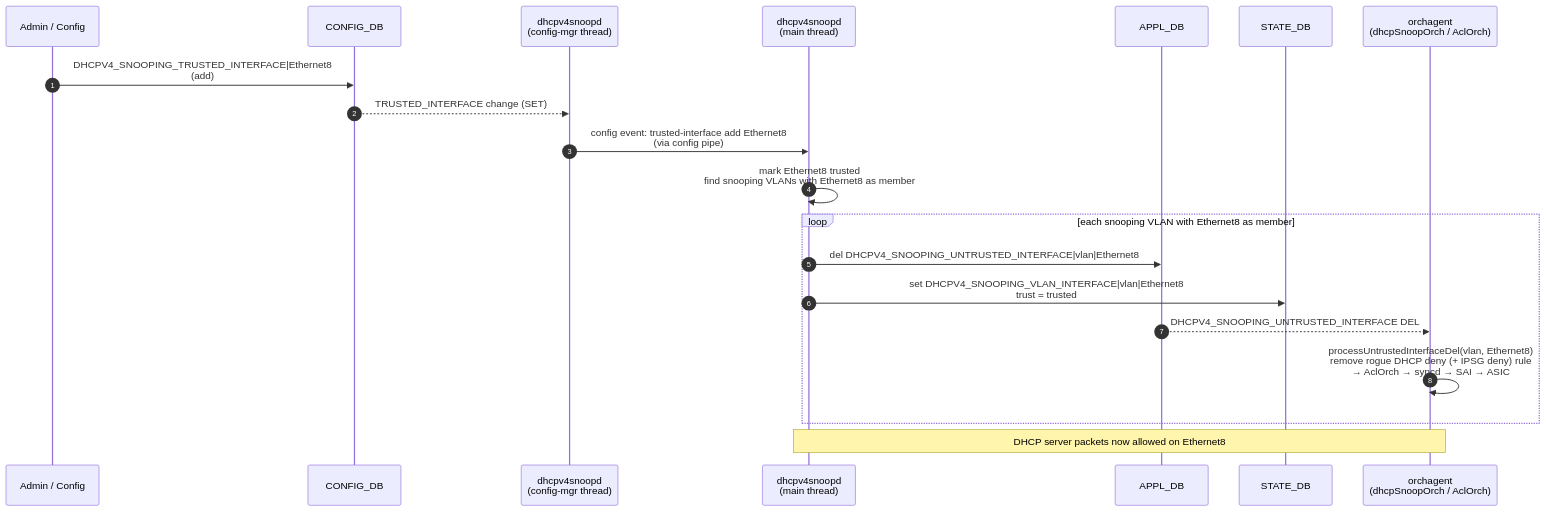
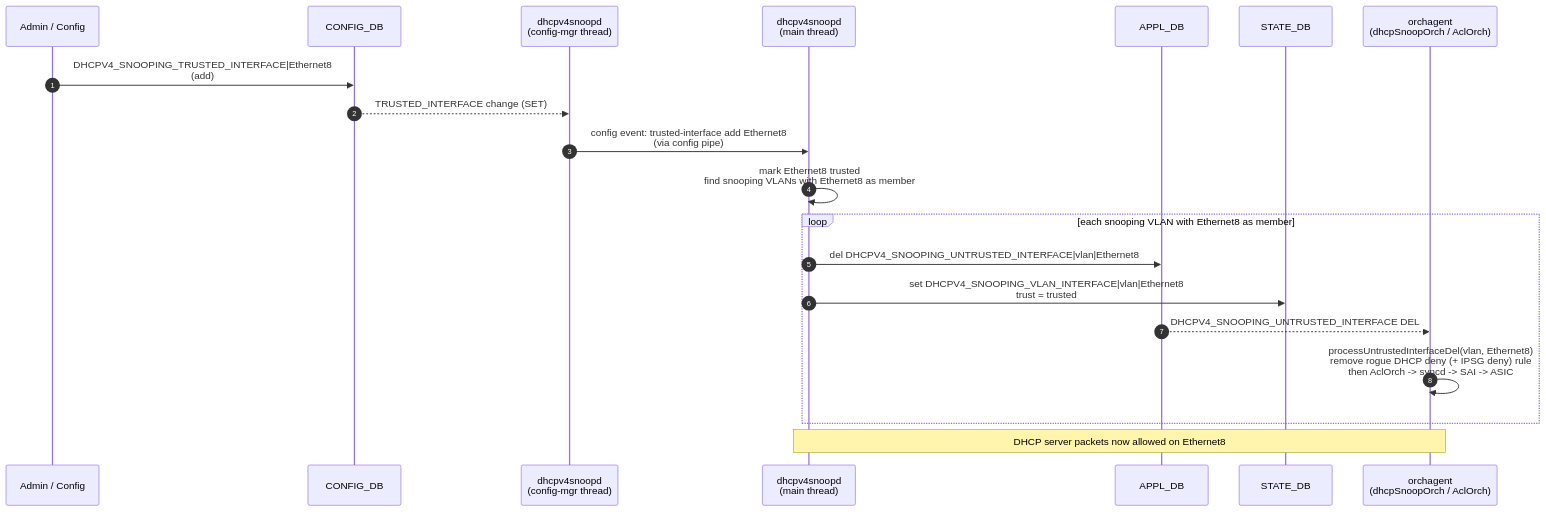
Before and after one commit to sonic-net/SONiC: the fifth of 19 diagrams in doc/DHCPv4_snooping/DHCPv4-snooping-hld.md, drawn with Mermaid. The commit also changed other lines of this file, not shown here.

````diff
--- a/doc/DHCPv4_snooping/DHCPv4-snooping-hld.md
+++ b/doc/DHCPv4_snooping/DHCPv4-snooping-hld.md
@@ -497,25 +497,25 @@
 ```mermaid
 sequenceDiagram
     autonumber
     participant ADM as Admin / Config
     participant CFG as CONFIG_DB
     participant MGR as dhcpv4snoopd<br/>(config-mgr thread)
     participant MAIN as dhcpv4snoopd<br/>(main thread)
     participant APPL as APPL_DB
     participant STATE as STATE_DB
     participant ORCH as orchagent<br/>(dhcpSnoopOrch / AclOrch)
 
     ADM->>CFG: DHCPV4_SNOOPING_TRUSTED_INTERFACE|Ethernet8<br/>(add)
     CFG-->>MGR: TRUSTED_INTERFACE change (SET)
     MGR->>MAIN: config event: trusted-interface add Ethernet8<br/>(via config pipe)
     MAIN->>MAIN: mark Ethernet8 trusted<br/>find snooping VLANs with Ethernet8 as member
 
     loop each snooping VLAN with Ethernet8 as member
         MAIN->>APPL: del DHCPV4_SNOOPING_UNTRUSTED_INTERFACE|vlan|Ethernet8
         MAIN->>STATE: set DHCPV4_SNOOPING_VLAN_INTERFACE|vlan|Ethernet8<br/>trust = trusted
         APPL-->>ORCH: DHCPV4_SNOOPING_UNTRUSTED_INTERFACE DEL
-        ORCH->>ORCH: processUntrustedInterfaceDel(vlan, Ethernet8)<br/>remove rogue DHCP deny (+ IPSG deny) rule<br/>→ AclOrch → syncd → SAI → ASIC
+        ORCH->>ORCH: processUntrustedInterfaceDel(vlan, Ethernet8)<br/>remove rogue DHCP deny (+ IPSG deny) rule<br/>then AclOrch -> syncd -> SAI -> ASIC
     end
 
     Note over MAIN,ORCH: DHCP server packets now allowed on Ethernet8
 ```
````
